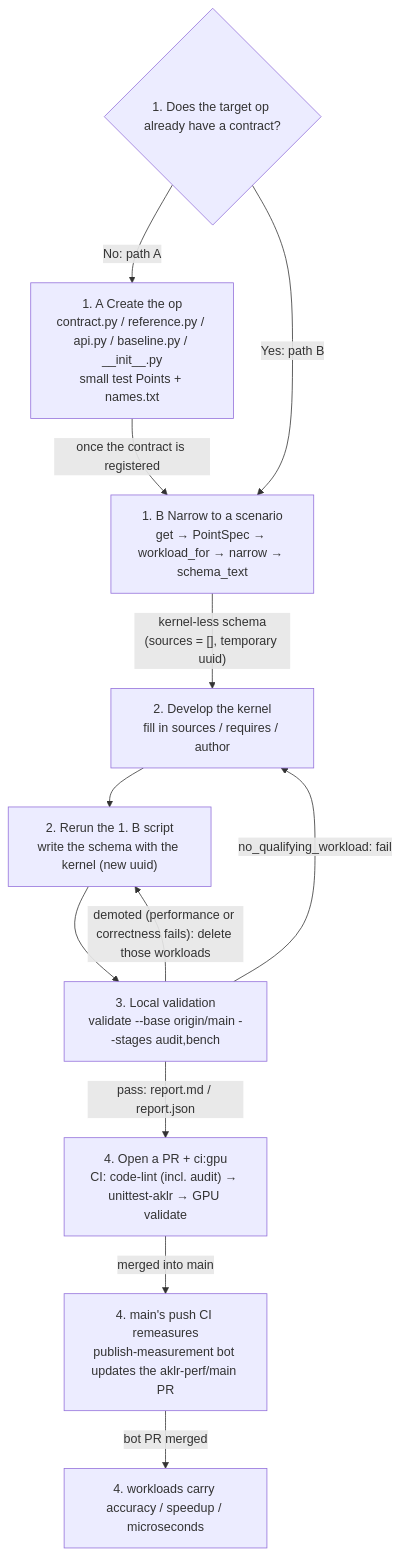
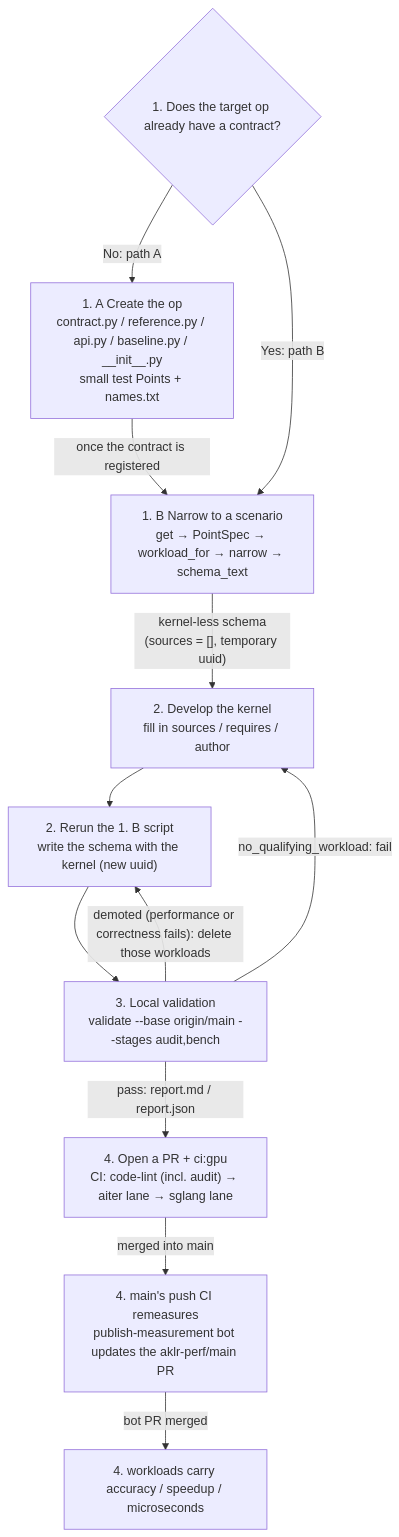
The diagram in docs/ops_tutorial.md (AMD-AGI/AKLR), drawn with Mermaid before and after one commit. The commit also changed other lines of this file and 14 other files, not shown here.

First line of the commit message:
refactor(ci): split GPU validation into an aiter lane and an sglang lane

````diff
--- a/docs/ops_tutorial.md
+++ b/docs/ops_tutorial.md
@@ -13,14 +13,14 @@
 ```mermaid
 flowchart TD
     S{"1. Does the target op already have a contract?"} -->|"No: path A"| A["1. A Create the op<br/>contract.py / reference.py / api.py / baseline.py / __init__.py<br/>small test Points + names.txt"]
     S -->|"Yes: path B"| B["1. B Narrow to a scenario<br/>get → PointSpec → workload_for → narrow → schema_text"]
     A -->|"once the contract is registered"| B
     B -->|"kernel-less schema<br/>(sources = [], temporary uuid)"| D["2. Develop the kernel<br/>fill in sources / requires / author"]
     D --> R["2. Rerun the 1. B script<br/>write the schema with the kernel (new uuid)"]
     R --> V["3. Local validation<br/>validate --base origin/main --stages audit,bench"]
     V -->|"no_qualifying_workload: fail"| D
     V -->|"demoted (performance or correctness fails): delete those workloads"| R
-    V -->|"pass: report.md / report.json"| P["4. Open a PR + ci:gpu<br/>CI: code-lint (incl. audit) → unittest-aklr → GPU validate"]
+    V -->|"pass: report.md / report.json"| P["4. Open a PR + ci:gpu<br/>CI: code-lint (incl. audit) → aiter lane → sglang lane"]
     P -->|"merged into main"| M["4. main's push CI remeasures<br/>publish-measurement bot updates the aklr-perf/main PR"]
     M -->|"bot PR merged"| N["4. workloads carry accuracy / speedup / microseconds"]
 ```
````
